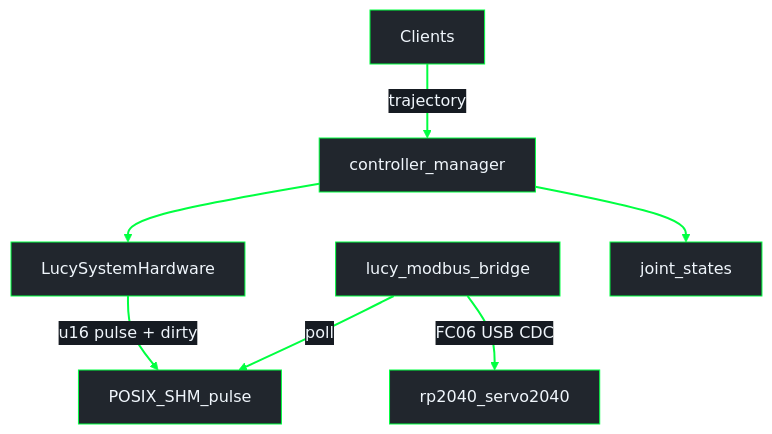
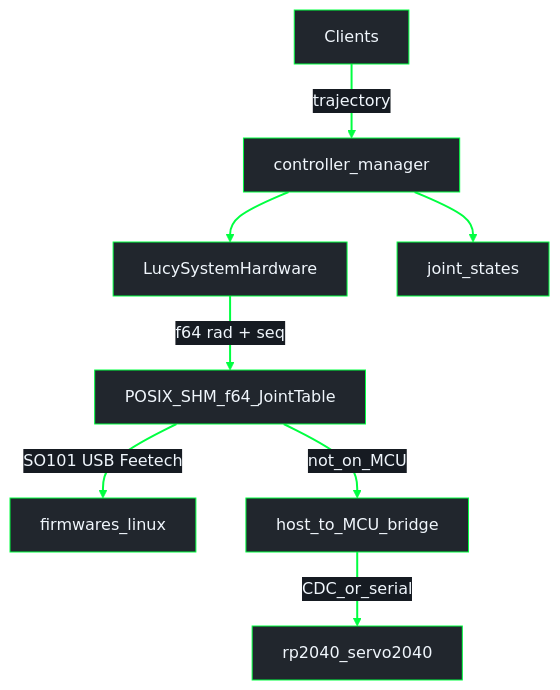
The second of 2 diagrams in docs/architecture/pipeline_shm.md (Lucy-Robotics/lucy_ros_packages), drawn with Mermaid before and after one commit. The commit also changed other lines of this file and 7 other files, not shown here.

Commit message:
evol(architecture): document f64 SHM path only

````diff
--- a/docs/architecture/pipeline_shm.md
+++ b/docs/architecture/pipeline_shm.md
@@ -46,19 +42,21 @@
 ```mermaid
 %%{init: {"theme": "base", "themeVariables": {"darkMode": true, "background": "#0d1117", "mainBkg": "#21262d", "primaryColor": "#21262d", "primaryTextColor": "#f0f6fc", "primaryBorderColor": "#00FF41", "secondaryColor": "#161b22", "secondaryTextColor": "#f0f6fc", "secondaryBorderColor": "#00FF41", "tertiaryColor": "#161b22", "tertiaryTextColor": "#f0f6fc", "tertiaryBorderColor": "#00FF41", "lineColor": "#00FF41", "textColor": "#f0f6fc", "nodeTextColor": "#f0f6fc", "edgeLabelBackground": "#161b22", "clusterBkg": "#0d1117", "clusterBorder": "#00FF41", "titleColor": "#f0f6fc"}}}%%
 flowchart TB
   Clients["Clients"]
   CM["controller_manager"]
   HI["LucySystemHardware"]
-  SHM["POSIX_SHM_pulse"]
-  Bridge["lucy_modbus_bridge"]
+  SHM["POSIX_SHM_f64_JointTable"]
+  LinuxFW["firmwares_linux"]
+  Bridge["host_to_MCU_bridge"]
   FW["rp2040_servo2040"]
   JS["joint_states"]
 
   Clients -->|"trajectory"| CM
   CM --> HI
   CM --> JS
-  HI -->|"u16 pulse + dirty"| SHM
-  Bridge -->|"poll"| SHM
-  Bridge -->|"FC06 USB CDC"| FW
+  HI -->|"f64 rad + seq"| SHM
+  SHM -->|"SO101 USB Feetech"| LinuxFW
+  SHM -->|"not_on_MCU"| Bridge
+  Bridge -->|"CDC_or_serial"| FW
   linkStyle default stroke:#00FF41,stroke-width:2px
 ```
````
